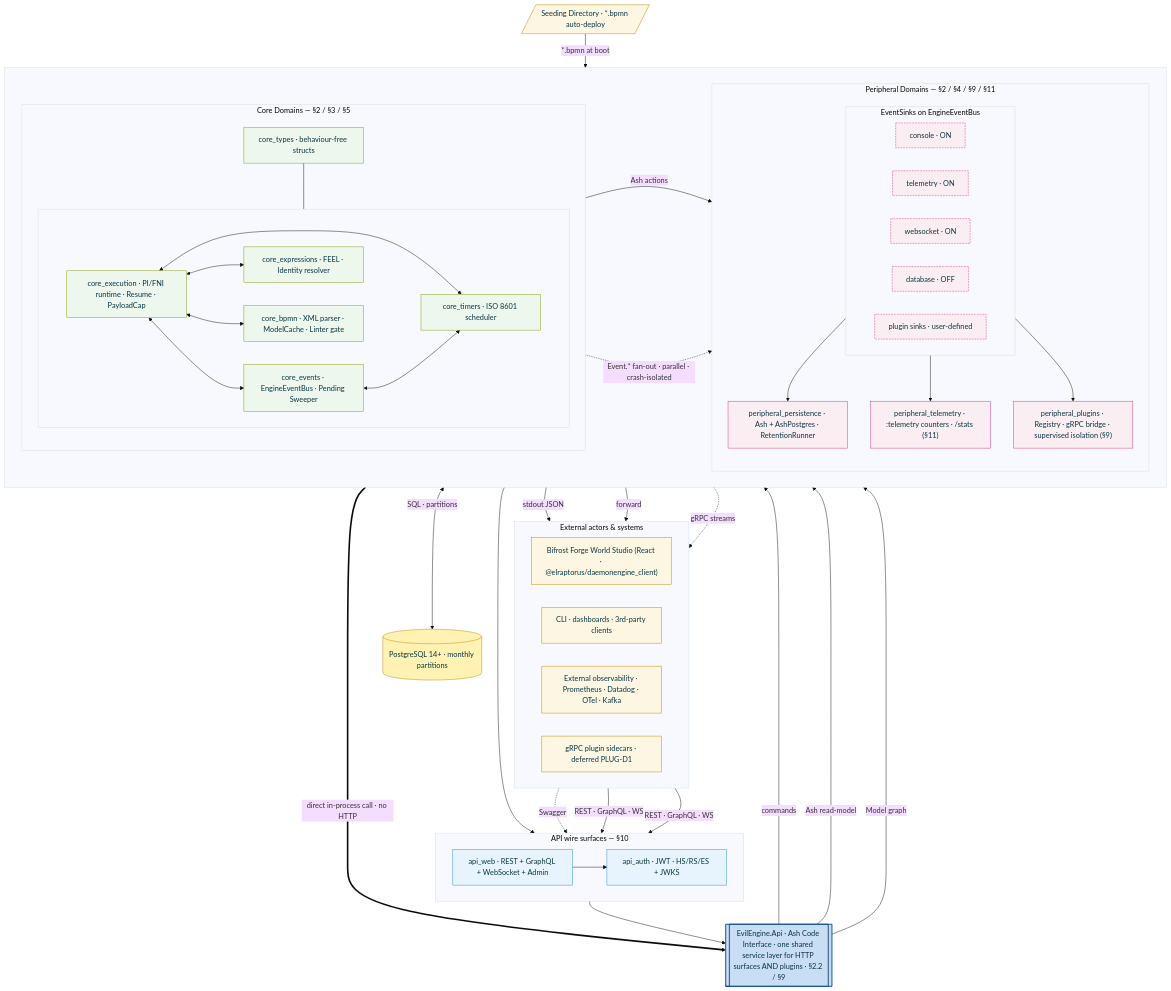
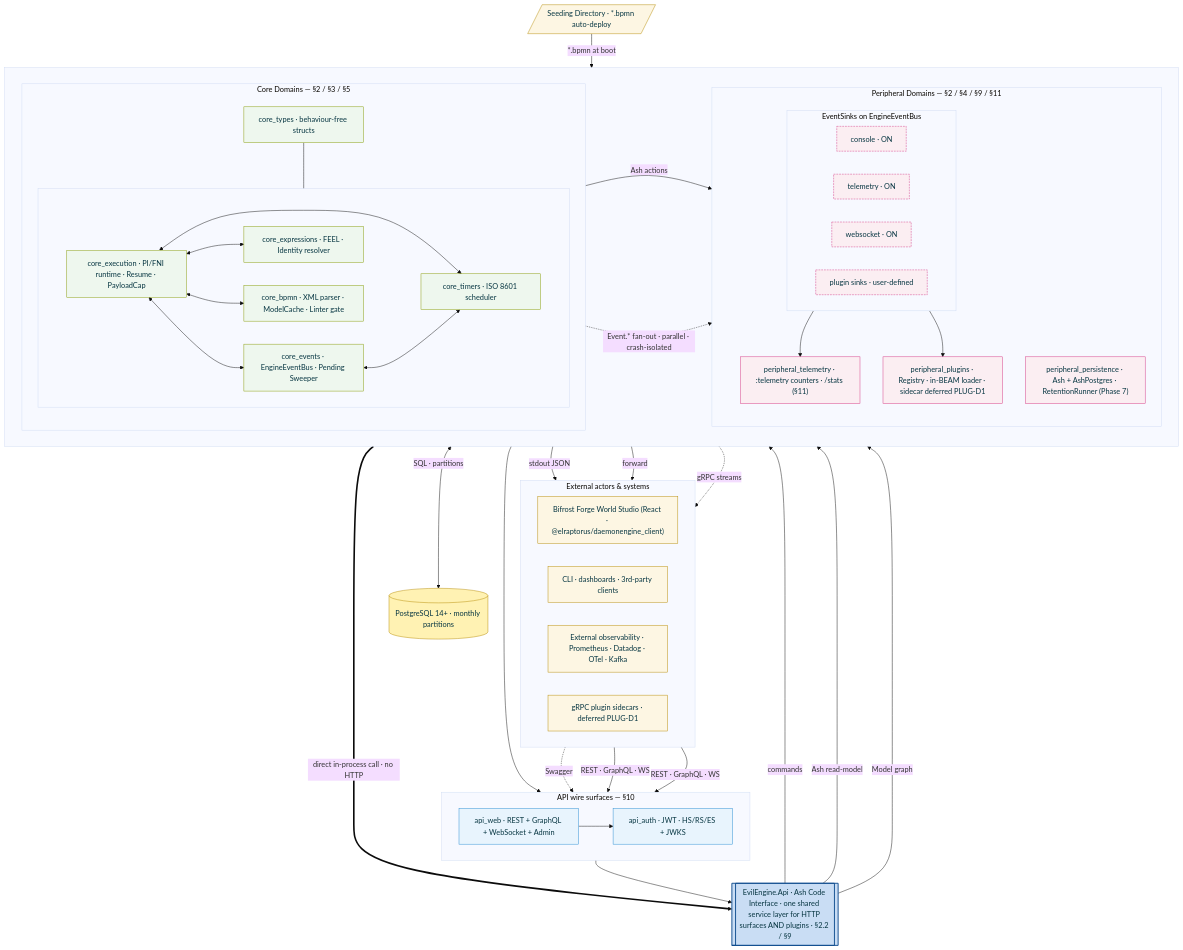
Before and after one commit to ElRaptorus/BFW-Engine: the diagram in docs/Architecture.md, drawn with Mermaid (base theme). The commit also changed other lines of this file and 127 other files, not shown here.

```diff
--- a/docs/Architecture.md
+++ b/docs/Architecture.md
@@ -53,15 +53,14 @@
 
     subgraph PERI["Peripheral Domains — §2 / §4 / §9 / §11"]
       direction TB
-      peri_persist["peripheral_persistence · Ash + AshPostgres · RetentionRunner"]
+      peri_persist["peripheral_persistence · Ash + AshPostgres · RetentionRunner (Phase 7)"]
       peri_telem["peripheral_telemetry · :telemetry counters · /stats (§11)"]
-      peri_plugins["peripheral_plugins · Registry · gRPC bridge · supervised isolation (§9)"]
+      peri_plugins["peripheral_plugins · Registry · in-BEAM loader · sidecar deferred PLUG-D1"]
       subgraph PERI_SINKS["EventSinks on EngineEventBus"]
         direction LR
         sink_console["console · ON"]
         sink_telem["telemetry · ON"]
         sink_ws["websocket · ON"]
-        sink_db["database · OFF"]
         sink_plugin["plugin sinks · user-defined"]
       end
     end
@@ -116,7 +115,6 @@
 
   %% ============ Edges: Event egress (dashed, fan-out) ============
   core_events -.->|Event.* fan-out · parallel · crash-isolated| PERI_SINKS
-  sink_db --> peri_persist
   sink_telem --> peri_telem
   sink_ws --> api_web
   sink_console -->|stdout JSON| Obs
```
